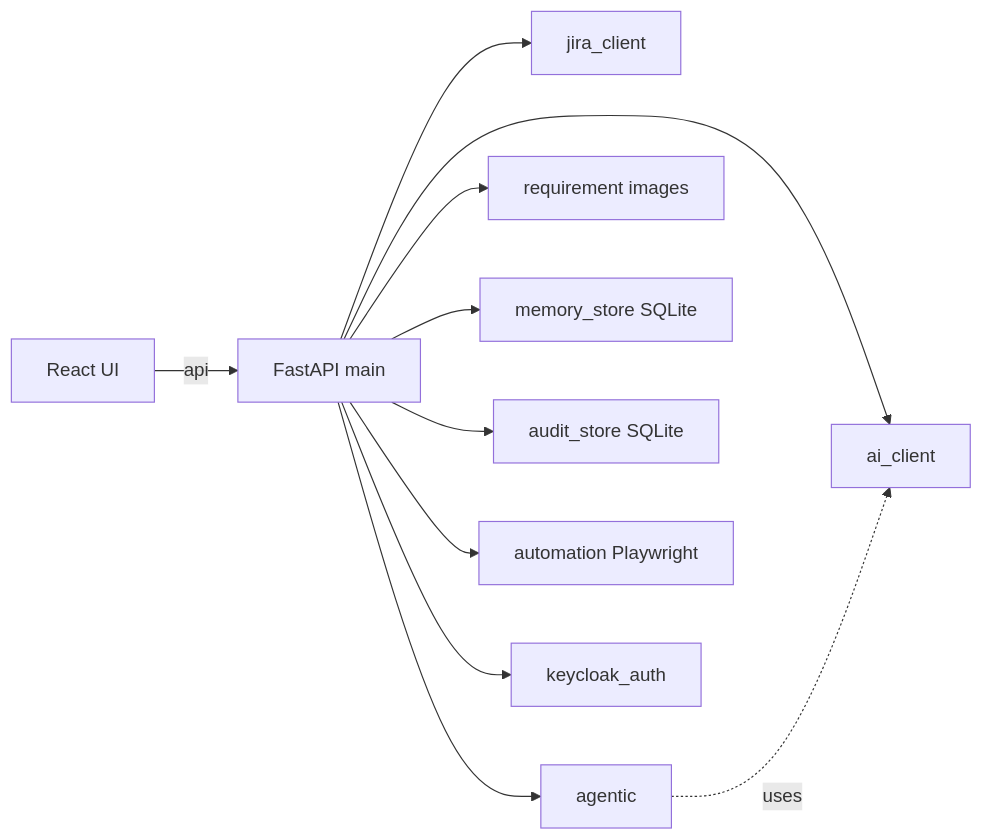
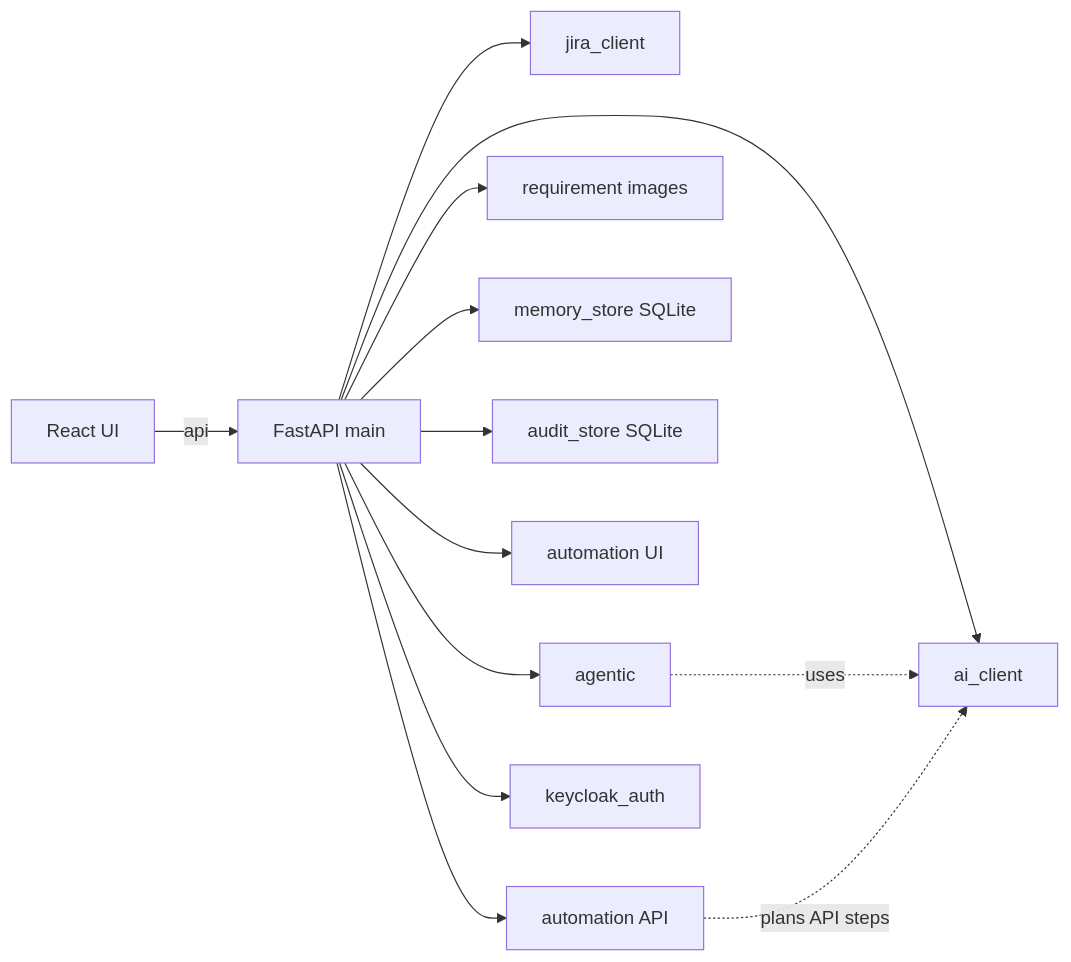
One commit to prashant1507/test-intellect-ai changed the diagram in README.md. Above: the diagram before and after it, drawn with Mermaid.

````diff
--- a/README.md
+++ b/README.md
@@ -48,13 +48,15 @@
 ```mermaid
 flowchart LR
   UI["React UI"] -->|api| API["FastAPI main"]
   API --> JIRA["jira_client"]
   API --> LLM["ai_client"]
   API --> AG["agentic"]
   API --> IMG["requirement images"]
   API --> MEM["memory_store SQLite"]
   API --> AUD["audit_store SQLite"]
-  API --> AT["automation Playwright"]
+  API --> ATU["automation UI"]
+  API --> ATA["automation API"]
   API --> KC["keycloak_auth"]
   AG -.->|uses| LLM
+  ATA -.->|plans API steps| LLM
 ```
````
